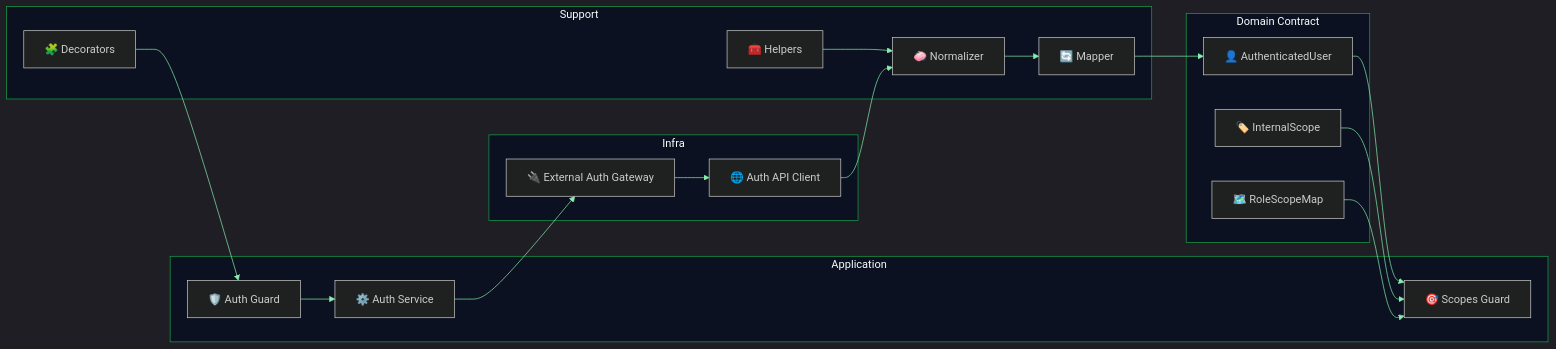
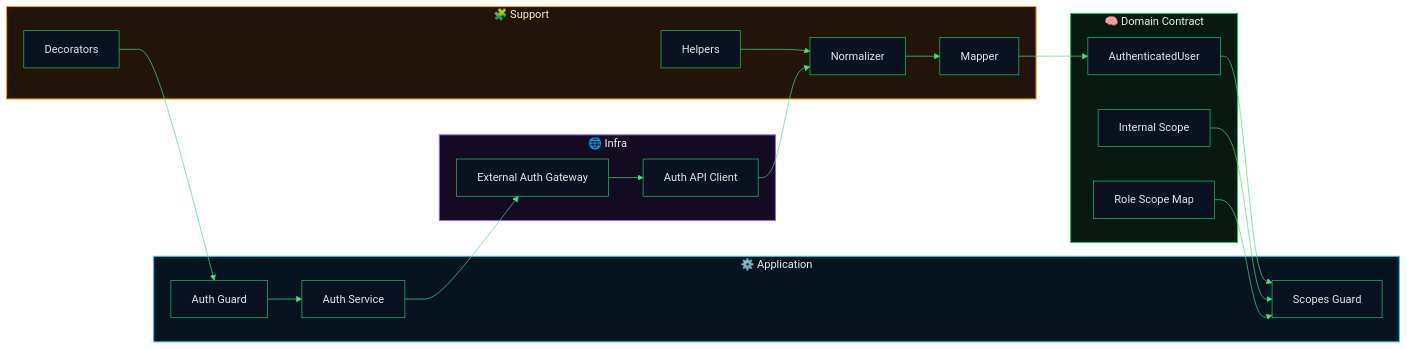
The ninth of 10 diagrams in RFC-0001-Auth.md (matheusdiamantino-betalent/IA), drawn with Mermaid before and after one commit. The commit also changed other lines of this file, not shown here.

````diff
--- a/RFC-0001-Auth.md
+++ b/RFC-0001-Auth.md
@@ -831,51 +824,55 @@
 ```mermaid
-%%{init: {'theme':'dark','themeVariables': {
+%%{init: {'theme':'base','themeVariables': {
   'background':'#020617',
-  'primaryColor':'#0f172a',
-  'primaryTextColor':'#e2e8f0',
+  'primaryColor':'#0a1120',
+  'primaryTextColor':'#e5e7eb',
   'primaryBorderColor':'#22c55e',
-  'lineColor':'#86efac',
-  'secondaryColor':'#111827',
-  'tertiaryColor':'#1e293b',
-  'clusterBkg':'#0b1120',
-  'clusterBorder':'#16a34a',
-  'fontFamily':'Inter, Segoe UI, Arial',
-  'fontSize':'16px'
+  'lineColor':'#4ade80',
+  'secondaryColor':'#0b1220',
+  'tertiaryColor':'#111827',
+  'clusterBkg':'#040816',
+  'clusterBorder':'#22d3ee',
+  'fontFamily':'Inter, Segoe UI, Arial'
 }}}%%
 flowchart LR
-    subgraph INFRA["Infra"]
-        C1["🌐 Auth API Client"]
-        C2["🔌 External Auth Gateway"]
+    subgraph INFRA["🌐 Infra"]
+        C1["Auth API Client"]
+        C2["External Auth Gateway"]
     end
 
-    subgraph APP["Application"]
-        A1["⚙️ Auth Service"]
-        A2["🛡️ Auth Guard"]
-        A3["🎯 Scopes Guard"]
+    subgraph APP["⚙️ Application"]
+        A1["Auth Service"]
+        A2["Auth Guard"]
+        A3["Scopes Guard"]
     end
 
-    subgraph DOMAIN["Domain Contract"]
-        D1["👤 AuthenticatedUser"]
-        D2["🏷️ InternalScope"]
-        D3["🗺️ RoleScopeMap"]
+    subgraph DOMAIN["🧠 Domain Contract"]
+        D1["AuthenticatedUser"]
+        D2["Internal Scope"]
+        D3["Role Scope Map"]
     end
 
-    subgraph SUPPORT["Support"]
-        S1["🧼 Normalizer"]
-        S2["🔄 Mapper"]
-        S3["🧩 Decorators"]
-        S4["🧰 Helpers"]
+    subgraph SUPPORT["🧩 Support"]
+        S1["Normalizer"]
+        S2["Mapper"]
+        S3["Decorators"]
+        S4["Helpers"]
     end
 
     A2 --> A1
     A1 --> C2
     C2 --> C1
     C1 --> S1
     S1 --> S2
     S2 --> D1
     D1 --> A3
     D2 --> A3
     D3 --> A3
     S3 --> A2
     S4 --> S1
+
+    style INFRA fill:#140b22,stroke:#8b5cf6,stroke-width:1.5px,color:#f5f3ff
+    style APP fill:#07131f,stroke:#22d3ee,stroke-width:1.5px,color:#e0f2fe
+    style DOMAIN fill:#071910,stroke:#22c55e,stroke-width:1.5px,color:#dcfce7
+    style SUPPORT fill:#221408,stroke:#f59e0b,stroke-width:1.5px,color:#fef3c7
 ```
````
